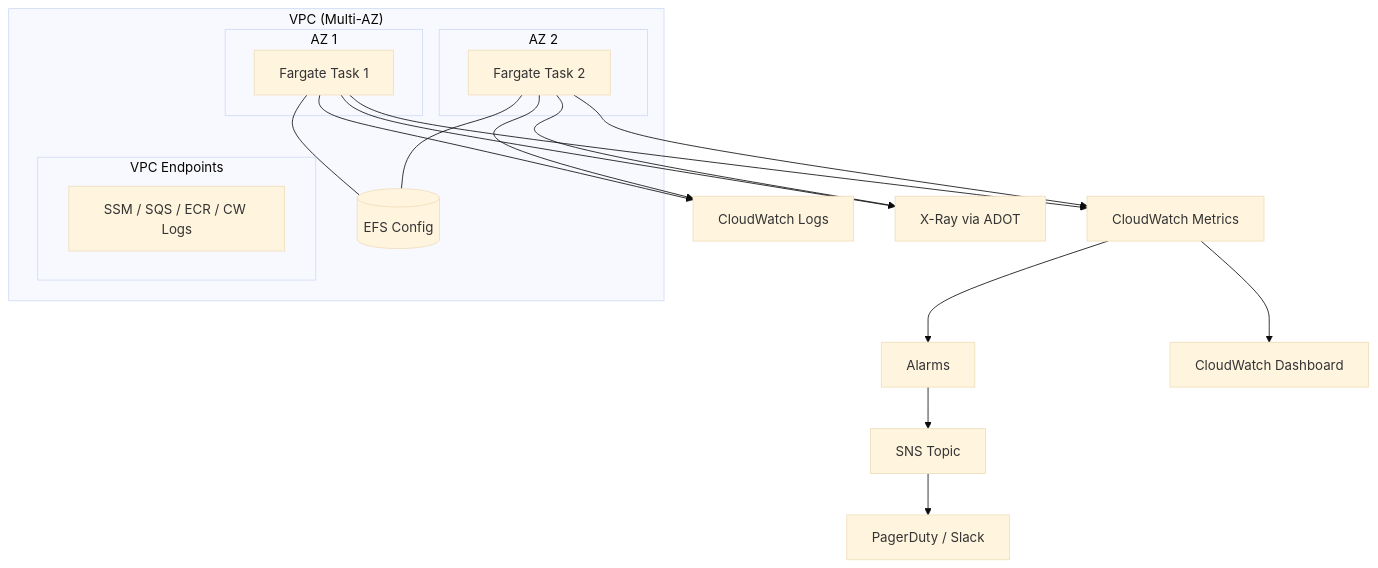
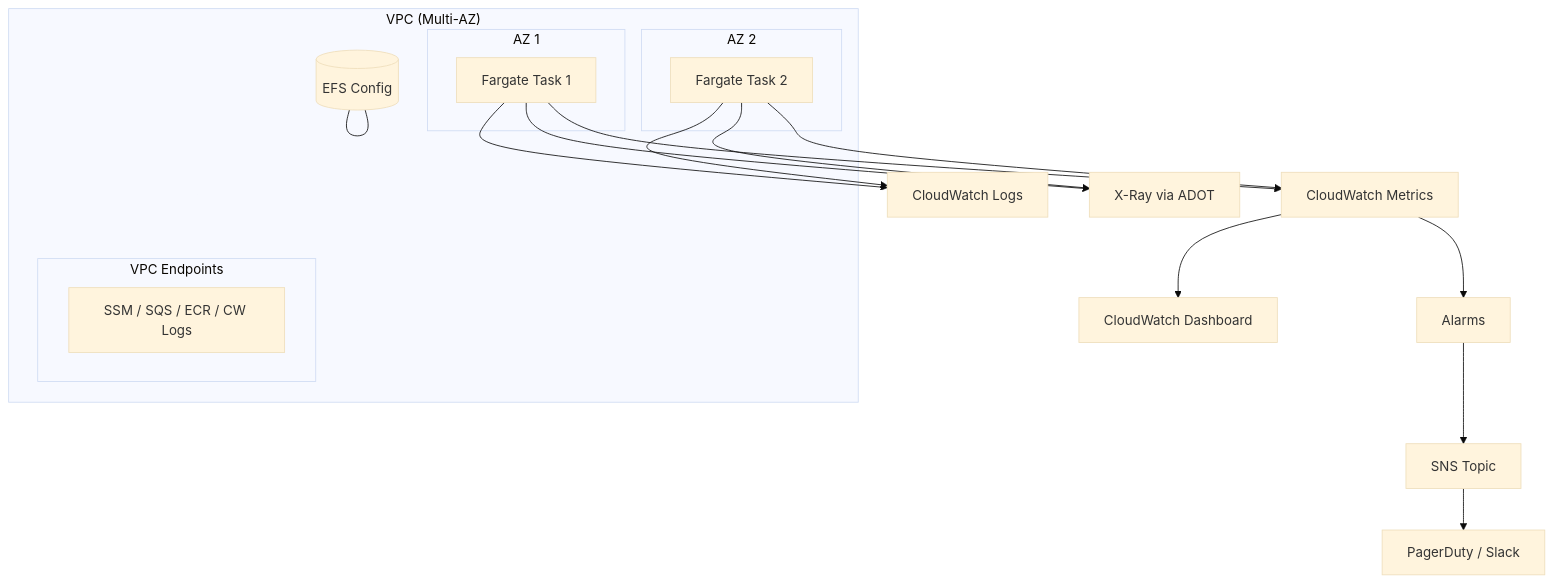
Before and after one commit to mariotoffia/gobridge: the first of 2 diagrams in docs/scenarios/cdk/04-production-stack.md, drawn with Mermaid (base theme). The commit also changed 802 other files, not shown here.

````diff
--- a/docs/scenarios/cdk/04-production-stack.md
+++ b/docs/scenarios/cdk/04-production-stack.md
@@ -28,22 +28,22 @@
 ```mermaid
 flowchart TB
     subgraph VPC ["VPC (Multi-AZ)"]
         subgraph AZ1 ["AZ 1"]
             T1[Fargate Task 1]
         end
         subgraph AZ2 ["AZ 2"]
             T2[Fargate Task 2]
         end
         EFS[(EFS Config)]
-        T1 --- EFS
-        T2 --- EFS
+        --- EFS
+        --- EFS
         subgraph Endpoints ["VPC Endpoints"]
             VPCE[SSM / SQS / ECR / CW Logs]
         end
     end
     T1 & T2 --> CWL[CloudWatch Logs]
     T1 & T2 --> CWM[CloudWatch Metrics]
     T1 & T2 --> XRay[X-Ray via ADOT]
     CWM --> Alarms --> SNS[SNS Topic] --> PD[PagerDuty / Slack]
     CWM --> Dashboard[CloudWatch Dashboard]
 ```
````
